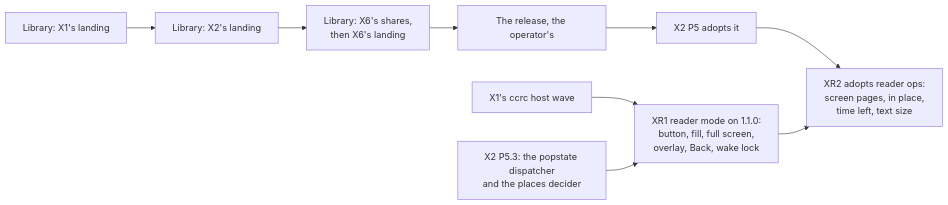
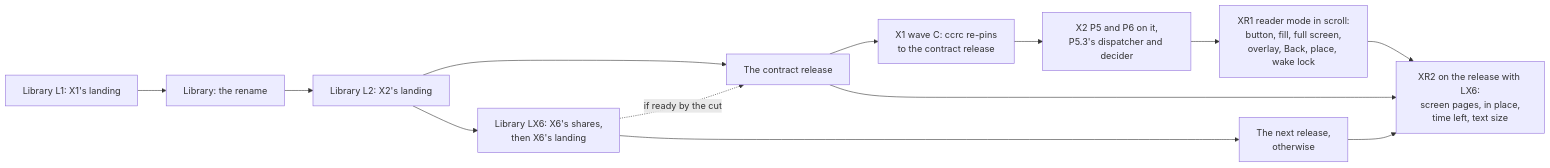
Before and after one commit to Synapsium-Labs/ccrc-pwa: the fifth of 5 diagrams in docs/superpowers/specs/2026-11-20-native-docs-reader-mode-design.md, drawn with Mermaid. The commit also changed other lines of this file and 1 other file, not shown here.

Commit message:
docs(docs-reader): reader mode, XR1 re-planned on the contract release (X6, review 2933 F7)
The coordinator's ruling on F7, option (a). XR1 runs on the library's
contract release (X1's contract and X2's history places), after X1's
wave C re-pins ccrc to it and X2's P5 builds on it, and delivers reader
mode in continuous scroll. LX6 joins the contract release if ready by
its cut, otherwise the next release; the cut never waits for it. XR2,
the screen pages, follows on the release that carries LX6.

The spec's In short, context, boundaries, wave figure, decisions and
Agreed say so; the plan's architecture, constraints, wave table, order
paragraph and LX6 text follow. XR1.1 Step 0 re-reads the 1.1.0 facts on
the installed release before any code. The open frame overlay is closed
by X2's close-overlay in both waves, with a test.

````diff
--- a/docs/superpowers/specs/2026-11-20-native-docs-reader-mode-design.md
+++ b/docs/superpowers/specs/2026-11-20-native-docs-reader-mode-design.md
@@ -508,10 +511,14 @@
 ```mermaid
 flowchart LR
-  X1C["X1's ccrc host wave"] --> XR1
-  P53["X2 P5.3: the popstate dispatcher<br/>and the places decider"] --> XR1["XR1 reader mode on 1.1.0:<br/>button, fill, full screen,<br/>overlay, Back, wake lock"]
-  LX1["Library: X1's landing"] --> LX2["Library: X2's landing"] --> LX6["Library: X6's shares,<br/>then X6's landing"]
-  LX6 --> REL["The release, the operator's"]
-  REL --> P5["X2 P5 adopts it"]
-  P5 --> XR2["XR2 adopts reader ops:<br/>screen pages, in place,<br/>time left, text size"]
+  L1["Library L1: X1's landing"] --> RN["Library: the rename"] --> L2["Library L2: X2's landing"]
+  L2 --> CR["The contract release"]
+  CR --> WC["X1 wave C: ccrc re-pins<br/>to the contract release"]
+  WC --> P5["X2 P5 and P6 on it,<br/>P5.3's dispatcher and decider"]
+  P5 --> XR1["XR1 reader mode in scroll:<br/>button, fill, full screen,<br/>overlay, Back, place, wake lock"]
+  L2 --> LX6["Library LX6: X6's shares,<br/>then X6's landing"]
+  LX6 -.->|"if ready by the cut"| CR
+  LX6 --> NR["The next release,<br/>otherwise"]
+  CR --> XR2["XR2 on the release with LX6:<br/>screen pages, in place,<br/>time left, text size"]
+  NR --> XR2
   XR1 --> XR2
 ```
````
